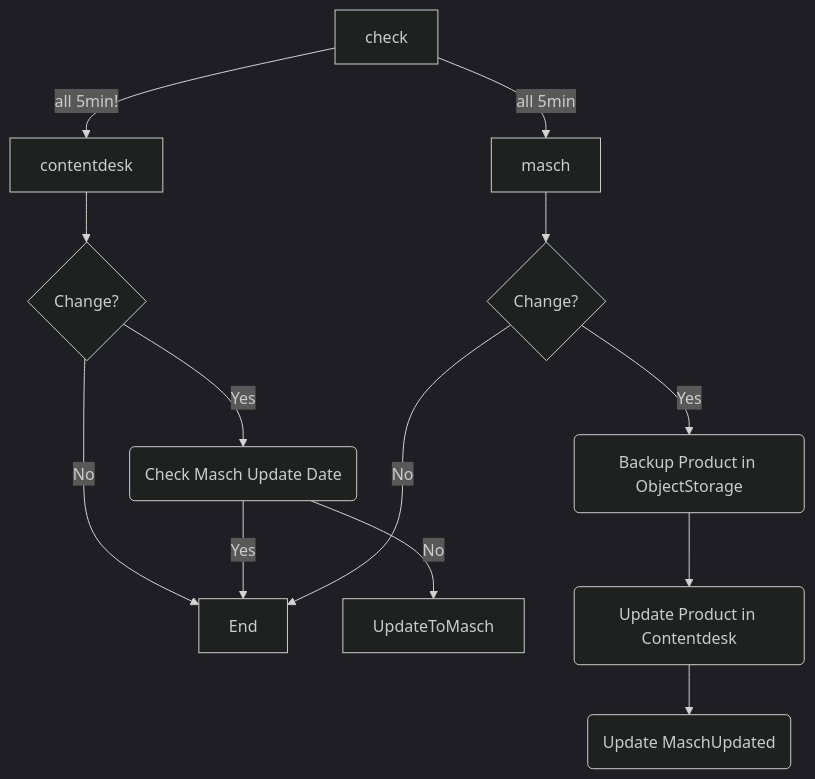
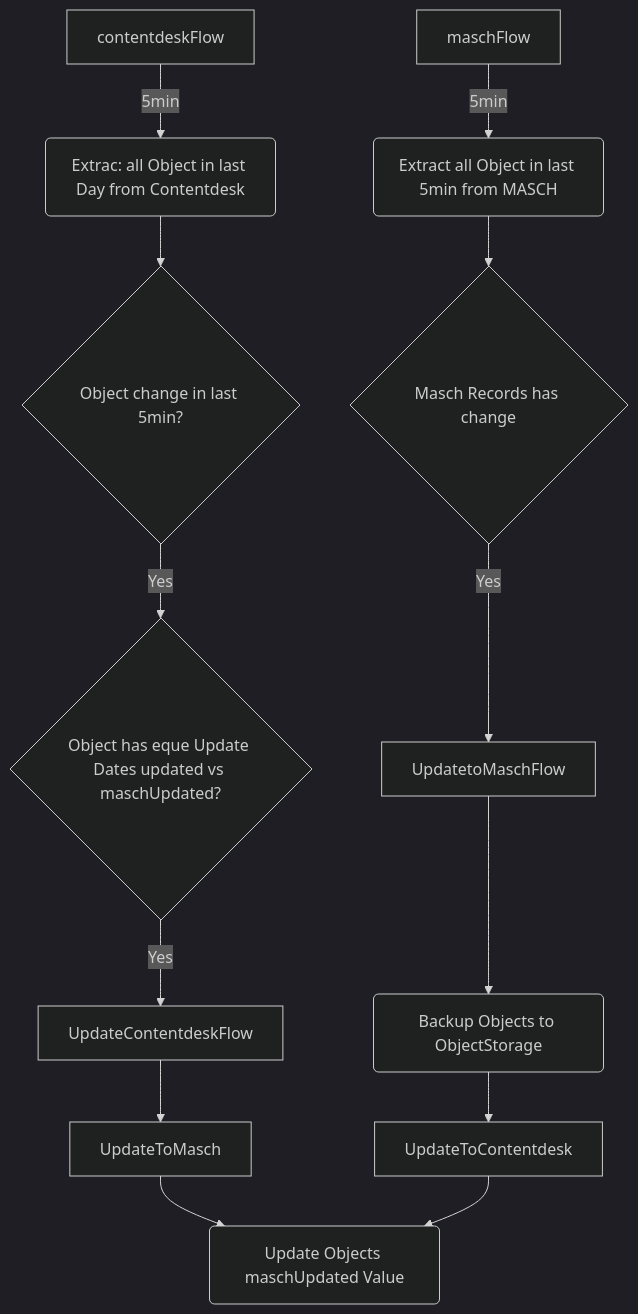
Before and after one commit to Jungfrau-Region-Tourismus-AG/python-masch-akeneo-jrtag: the diagram in readme.md, drawn with Mermaid (dark theme).

Commit message:
Update flowchart in README to reflect new contentdeskFlow and maschFlow processes; enhance clarity of object extraction and update logic

````diff
--- a/readme.md
+++ b/readme.md
@@ -5,15 +5,16 @@
 ```mermaid
 flowchart TD
-    check -->|all 5min| masch
-    check -->|all 5min!| contentdesk
-    ChangeContentdesk -->|Yes| CheckifFromMaschCheck(Check Masch Update Date)
-    ChangeContentdesk -->|No| End
-    CheckifFromMaschCheck -->|Yes| End
-    CheckifFromMaschCheck -->|No| UpdateToMasch
-    masch --> ChangeMasch{Change?}
-    contentdesk --> ChangeContentdesk{Change?}
-    ChangeMasch -->|Yes| BackupContentdesk(Backup Product in ObjectStorage)
-    ChangeMasch -->|No| End
-    BackupContentdesk --> UpdateProductContentdesk(Update Product in Contentdesk)
-    UpdateProductContentdesk --> SetFromMaschCheck(Update MaschUpdated)
+    contentdeskFlow -->|5min| ExtractContentdesk(Extrac: all Object in last Day from Contentdesk)
+    ExtractContentdesk --> ObjectChangeLast5min{Object change in last 5min?}
+    ObjectChangeLast5min --> |Yes| OBjectHasEqualDate{Object has eque Update Dates updated vs maschUpdated?}
+    OBjectHasEqualDate --> |Yes| UpdateContentdeskFlow
+    UpdateContentdeskFlow --> UpdateToMasch
+    UpdateToMasch --> UpdateMaschUpdatedDateToContentdesk(Update Objects maschUpdated Value)
+
+    maschFlow --> |5min| ExtractMasch(Extract all Object in last 5min from MASCH)
+    ExtractMasch --> ObjectMaschChange{Masch Records has change}
+    ObjectMaschChange --> |Yes| UpdatetoMaschFlow
+    UpdatetoMaschFlow --> BackupObjectContentdesk(Backup Objects to ObjectStorage)
+    BackupObjectContentdesk --> UpdateToContentdesk
+    UpdateToContentdesk --> UpdateMaschUpdatedDateToContentdesk
 ```
````
